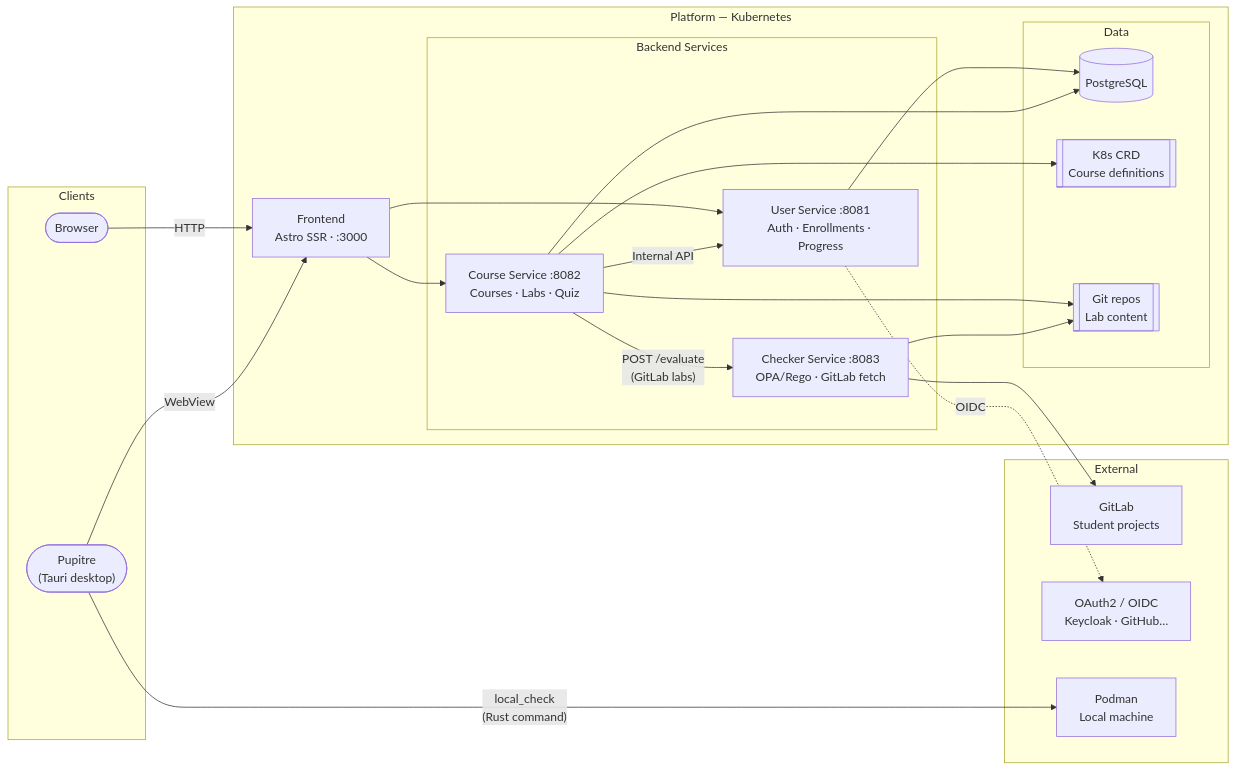
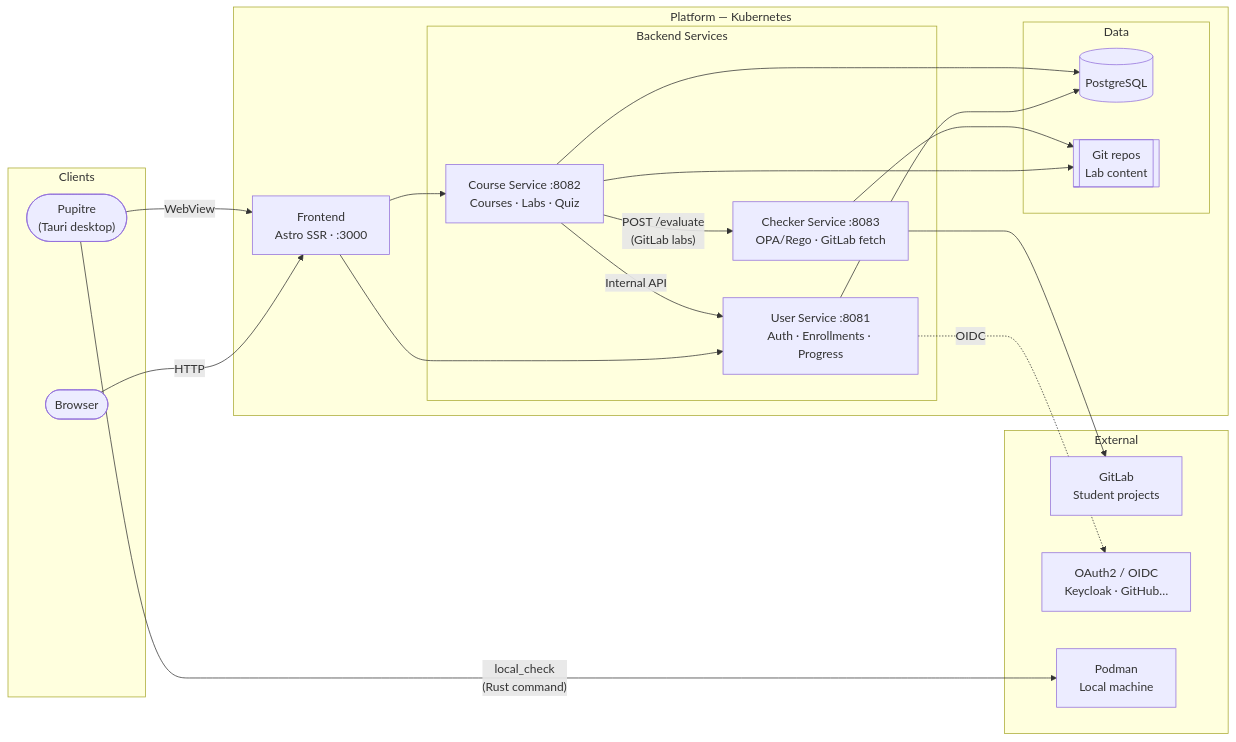
The diagram in README.md (Towarmat83/ELearningPlatform), drawn with Mermaid before and after one commit. The commit also changed other lines of this file and 159 other files, not shown here.

````diff
--- a/README.md
+++ b/README.md
@@ -7,47 +7,45 @@
 ```mermaid
 graph LR
     subgraph Clients["Clients"]
         Browser(["Browser"])
         Pupitre(["Pupitre\n(Tauri desktop)"])
     end
 
     subgraph Platform["Platform — Kubernetes"]
         Frontend["Frontend\nAstro SSR · :3000"]
 
         subgraph Services["Backend Services"]
             UserService["User Service :8081\nAuth · Enrollments · Progress"]
             CourseService["Course Service :8082\nCourses · Labs · Quiz"]
             CheckerService["Checker Service :8083\nOPA/Rego · GitLab fetch"]
         end
 
         subgraph Data["Data"]
             PostgreSQL[("PostgreSQL")]
-            K8sCRD[["K8s CRD\nCourse definitions"]]
             GitRepos[["Git repos\nLab content"]]
         end
     end
 
     subgraph External["External"]
         GitLab["GitLab\nStudent projects"]
         OAuth["OAuth2 / OIDC\nKeycloak · GitHub…"]
         Podman["Podman\nLocal machine"]
     end
 
     Browser -->|HTTP| Frontend
     Pupitre -->|WebView| Frontend
     Pupitre -->|"local_check\n(Rust command)"| Podman
 
     Frontend --> UserService
     Frontend --> CourseService
 
     CourseService -->|Internal API| UserService
     CourseService -->|"POST /evaluate\n(GitLab labs)"| CheckerService
 
     UserService --> PostgreSQL
     CourseService --> PostgreSQL
-    CourseService --> K8sCRD
     CourseService --> GitRepos
     CheckerService --> GitRepos
     CheckerService --> GitLab
     UserService -.->|OIDC| OAuth
 ```
````
